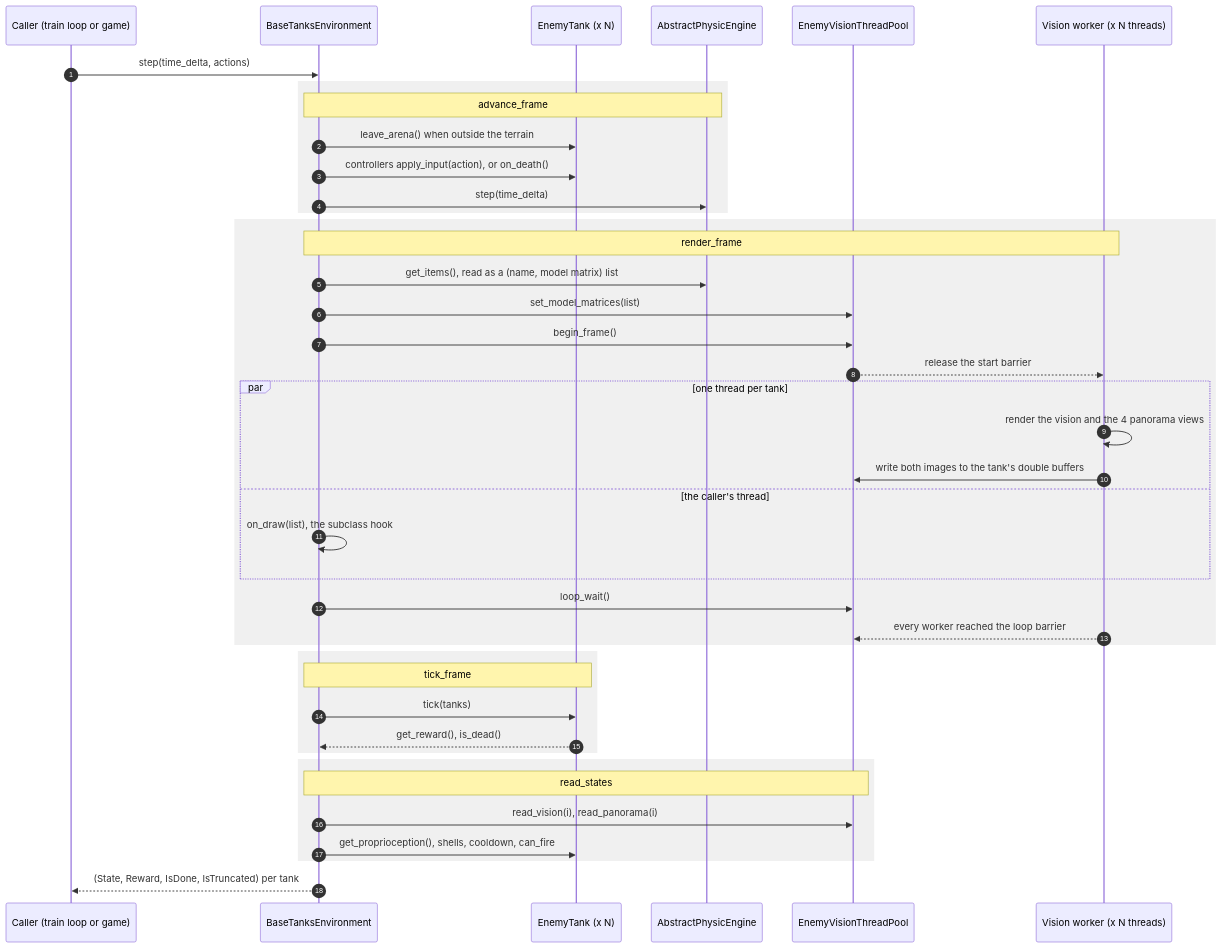
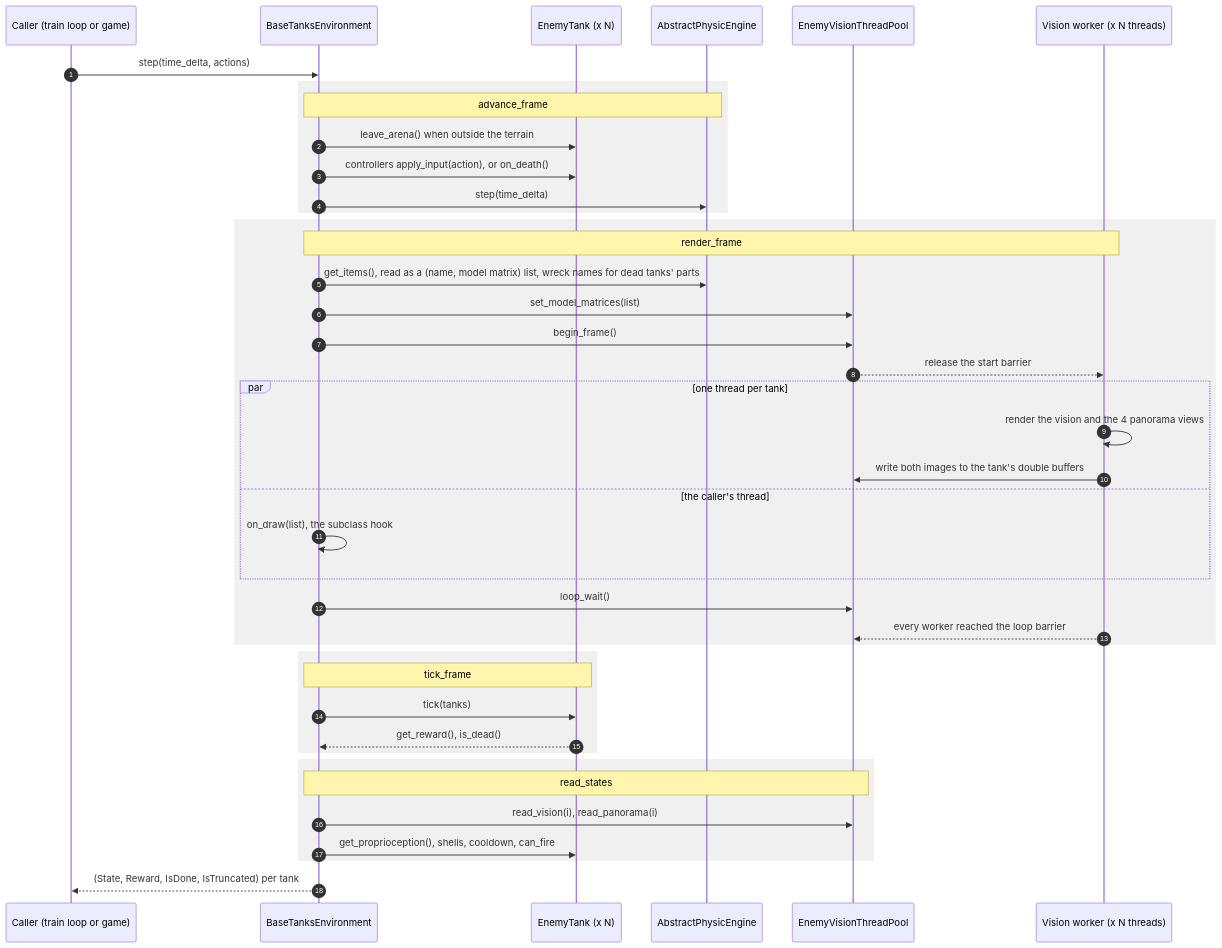
The sixth of 10 diagrams in docs/ARCHITECTURE.md (Ipsedo/ArenAI), drawn with Mermaid before and after one commit. The commit also changed other lines of this file and 22 other files, not shown here.

Commit message:
feat(view): draw dead tanks as hatched wrecks

````diff
--- a/docs/ARCHITECTURE.md
+++ b/docs/ARCHITECTURE.md
@@ -446,49 +449,49 @@
 ```mermaid
 sequenceDiagram
     autonumber
     participant Caller as Caller (train loop or game)
     participant Env as BaseTanksEnvironment
     participant Tank as EnemyTank (x N)
     participant Engine as AbstractPhysicEngine
     participant Pool as EnemyVisionThreadPool
     participant Worker as Vision worker (x N threads)
 
     Caller->>Env: step(time_delta, actions)
 
     rect rgba(128, 128, 128, 0.12)
     Note over Env,Engine: advance_frame
     Env->>Tank: leave_arena() when outside the terrain
     Env->>Tank: controllers apply_input(action), or on_death()
     Env->>Engine: step(time_delta)
     end
 
     rect rgba(128, 128, 128, 0.12)
     Note over Env,Worker: render_frame
-    Env->>Engine: get_items(), read as a (name, model matrix) list
+    Env->>Engine: get_items(), read as a (name, model matrix) list, wreck names for dead tanks' parts
     Env->>Pool: set_model_matrices(list)
     Env->>Pool: begin_frame()
     Pool-->>Worker: release the start barrier
     par one thread per tank
         Worker->>Worker: render the vision and the 4 panorama views
         Worker->>Pool: write both images to the tank's double buffers
     and the caller's thread
         Env->>Env: on_draw(list), the subclass hook
     end
     Env->>Pool: loop_wait()
     Worker-->>Pool: every worker reached the loop barrier
     end
 
     rect rgba(128, 128, 128, 0.12)
     Note over Env,Tank: tick_frame
     Env->>Tank: tick(tanks)
     Tank-->>Env: get_reward(), is_dead()
     end
 
     rect rgba(128, 128, 128, 0.12)
     Note over Env,Pool: read_states
     Env->>Pool: read_vision(i), read_panorama(i)
     Env->>Tank: get_proprioception(), shells, cooldown, can_fire
     end
 
     Env-->>Caller: (State, Reward, IsDone, IsTruncated) per tank
 ```
````
